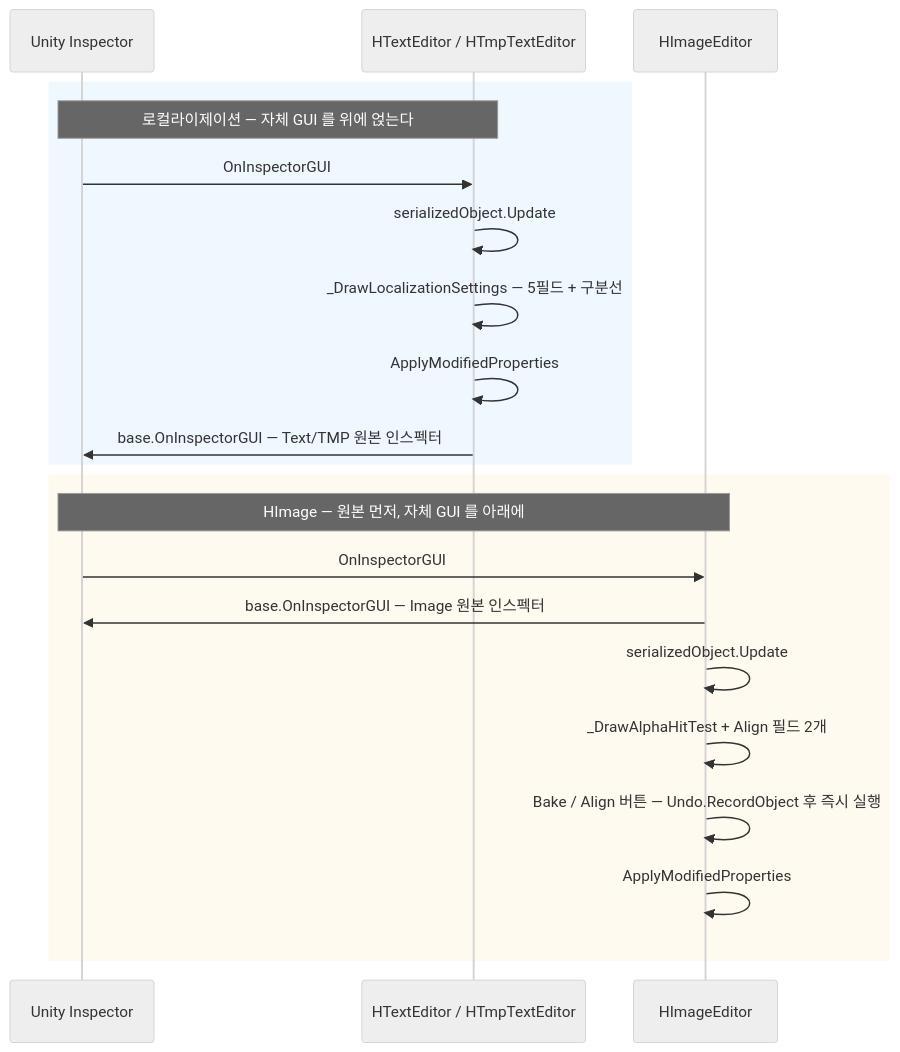
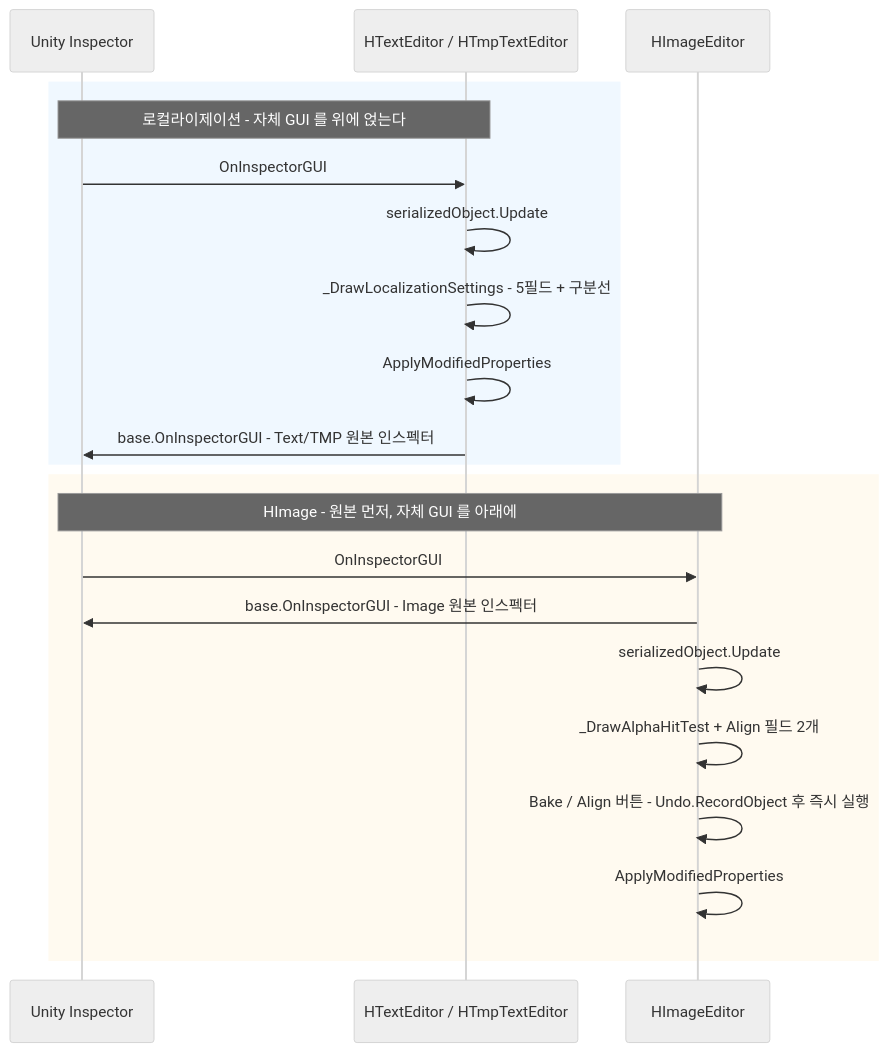
One commit to HoHong123/HCUP-Unity changed the second of 2 diagrams in HUI/Editor/README.md. Above: the diagram before and after it, drawn with Mermaid (neutral theme). The commit also changed other lines of this file, not shown here.

````diff
--- a/HUI/Editor/README.md
+++ b/HUI/Editor/README.md
@@ -87,25 +85,25 @@
 ```mermaid
 sequenceDiagram
     participant U as Unity Inspector
     participant T as HTextEditor / HTmpTextEditor
     participant I as HImageEditor
 
     rect rgb(240, 248, 255)
-    Note over U,T: 로컬라이제이션 — 자체 GUI 를 위에 얹는다
+    Note over U,T: 로컬라이제이션 - 자체 GUI 를 위에 얹는다
     U->>T: OnInspectorGUI
     T->>T: serializedObject.Update
-    T->>T: _DrawLocalizationSettings — 5필드 + 구분선
+    T->>T: _DrawLocalizationSettings - 5필드 + 구분선
     T->>T: ApplyModifiedProperties
-    T->>U: base.OnInspectorGUI — Text/TMP 원본 인스펙터
+    T->>U: base.OnInspectorGUI - Text/TMP 원본 인스펙터
     end
 
     rect rgb(255, 250, 240)
-    Note over U,I: HImage — 원본 먼저, 자체 GUI 를 아래에
+    Note over U,I: HImage - 원본 먼저, 자체 GUI 를 아래에
     U->>I: OnInspectorGUI
-    I->>U: base.OnInspectorGUI — Image 원본 인스펙터
+    I->>U: base.OnInspectorGUI - Image 원본 인스펙터
     I->>I: serializedObject.Update
     I->>I: _DrawAlphaHitTest + Align 필드 2개
-    I->>I: Bake / Align 버튼 — Undo.RecordObject 후 즉시 실행
+    I->>I: Bake / Align 버튼 - Undo.RecordObject 후 즉시 실행
     I->>I: ApplyModifiedProperties
     end
 ```
````
